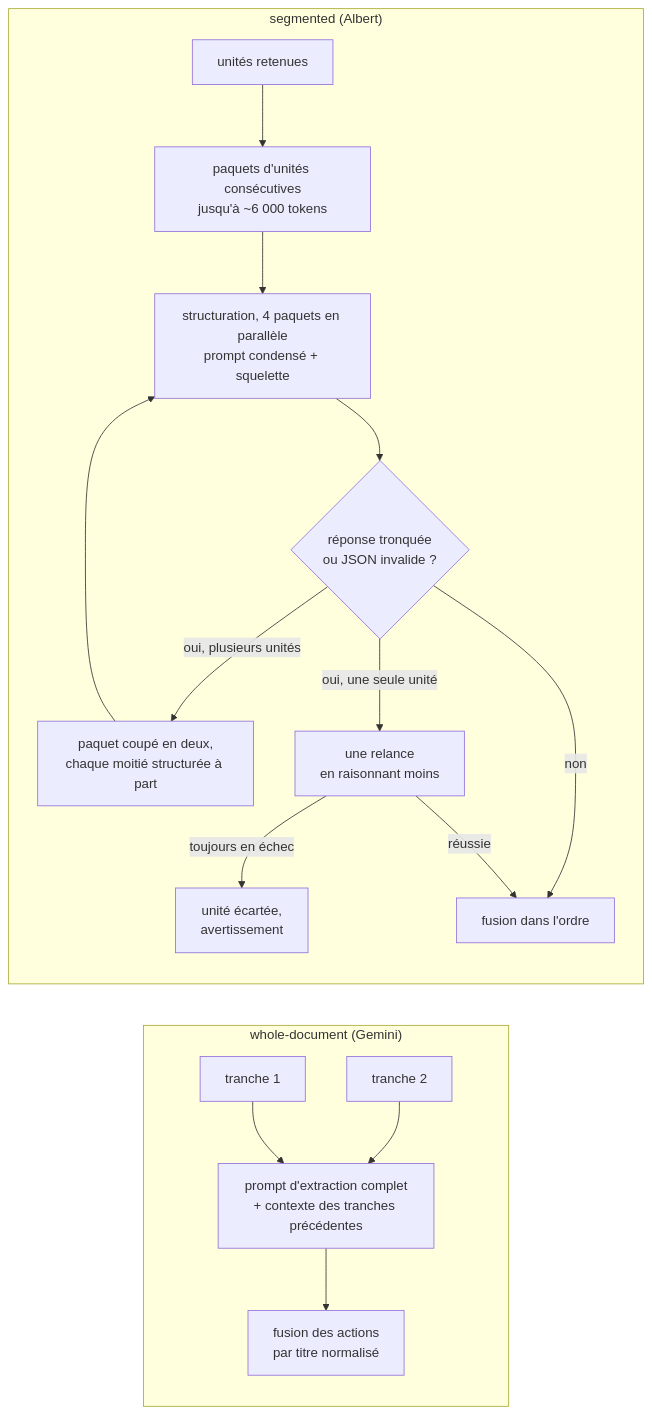
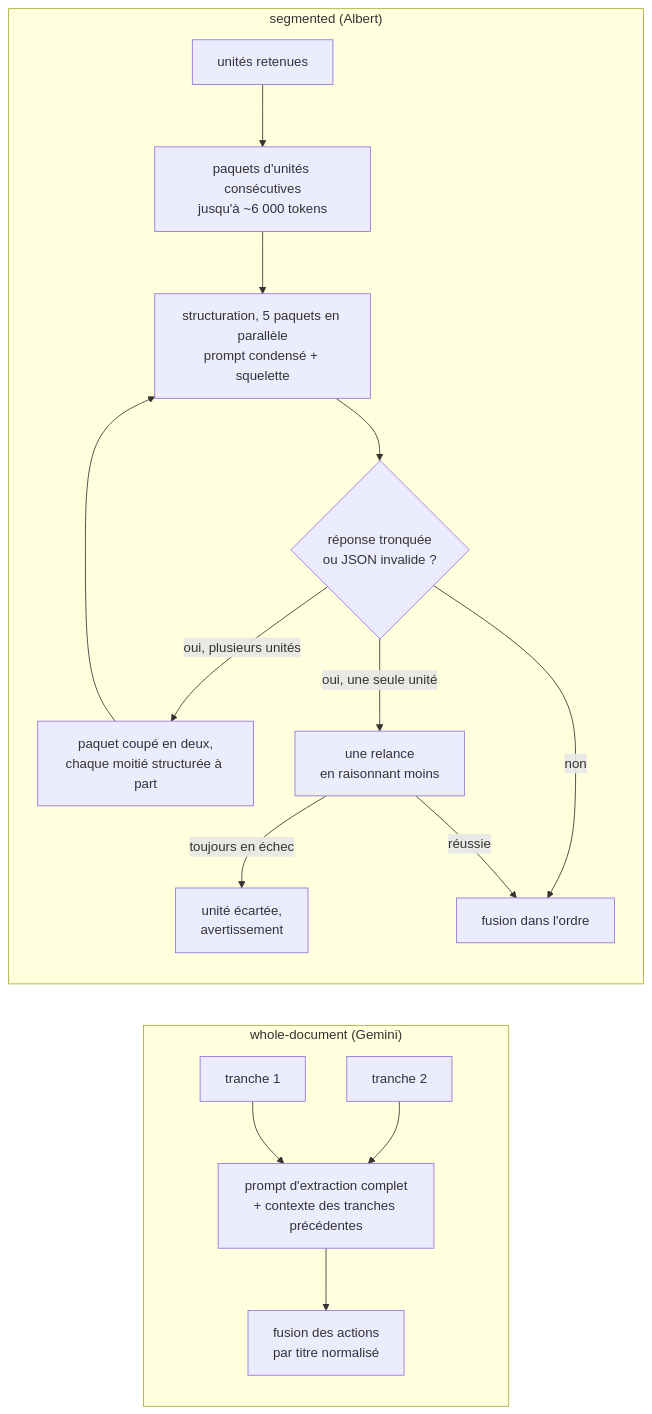
Before and after one commit to incubateur-ademe/territoires-en-transitions: the fifth of 6 diagrams in apps/backend/src/plans/ai-plan-import/README.md, drawn with Mermaid. The commit also changed other lines of this file and 2 other files, not shown here.

Commit message:
perf(import-ia): structuration Albert à 5 paquets en parallèle

````diff
--- a/apps/backend/src/plans/ai-plan-import/README.md
+++ b/apps/backend/src/plans/ai-plan-import/README.md
@@ -254,21 +254,21 @@
 ```mermaid
 flowchart LR
     subgraph Gemini["whole-document (Gemini)"]
         direction TB
         G1[tranche 1] --> GX[prompt d'extraction complet<br/>+ contexte des tranches précédentes]
         G2[tranche 2] --> GX
         GX --> GM[fusion des actions<br/>par titre normalisé]
     end
     subgraph Albert["segmented (Albert)"]
         direction TB
         U[unités retenues] --> PK[paquets d'unités consécutives<br/>jusqu'à ~6 000 tokens]
-        PK --> SX[structuration, 4 paquets en parallèle<br/>prompt condensé + squelette]
+        PK --> SX[structuration, 5 paquets en parallèle<br/>prompt condensé + squelette]
         SX --> TR{réponse tronquée<br/>ou JSON invalide ?}
         TR -- "oui, plusieurs unités" --> HV[paquet coupé en deux,<br/>chaque moitié structurée à part]
         HV --> SX
         TR -- "oui, une seule unité" --> RT[une relance<br/>en raisonnant moins]
         RT -- toujours en échec --> SK[unité écartée,<br/>avertissement]
         TR -- non --> AM[fusion dans l'ordre]
         RT -- réussie --> AM
     end
 ```
````
